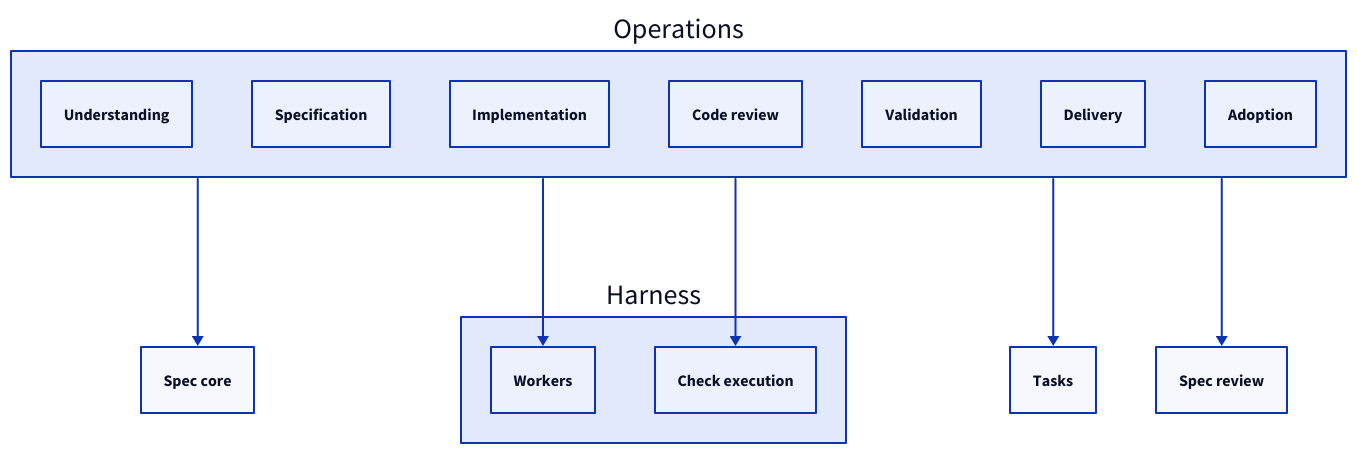
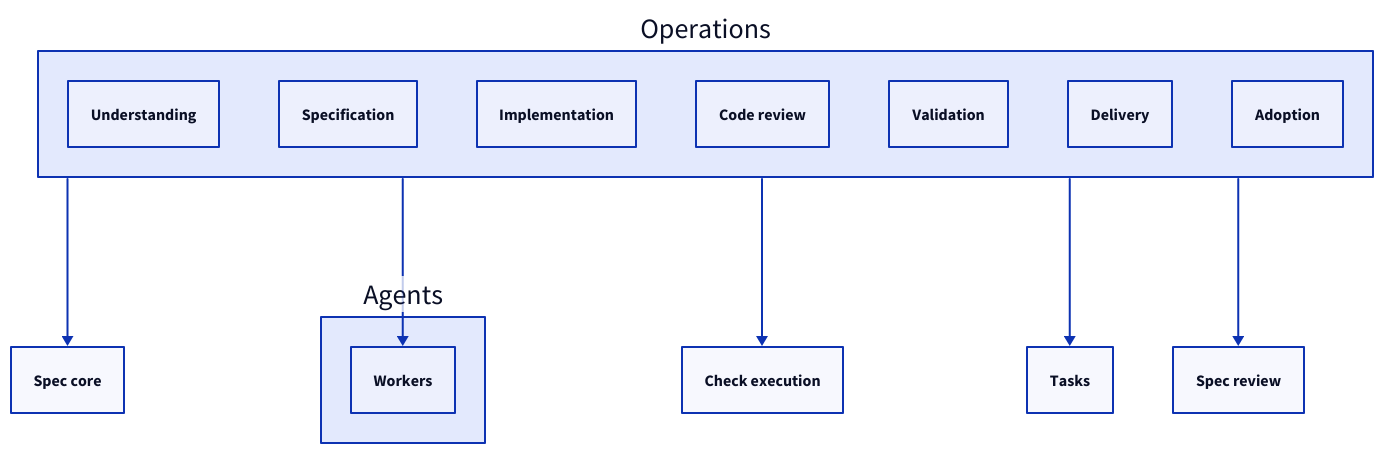
One commit to FTOD/concorde changed the fourth of 4 diagrams in specs/concorde/operations/module.md. Above: the diagram before and after it, drawn with D2. The commit also changed other lines of this file and 81 other files, not shown here.

First line of the commit message:
Organize agents by work level and make the Harness agent-independent

````diff
--- a/specs/concorde/operations/module.md
+++ b/specs/concorde/operations/module.md
@@ -267,23 +267,23 @@
 ```d2
 operations: Operations {
   understanding: Understanding
   specification: Specification
   implementation: Implementation
   codereview: Code review
   validation: Validation
   delivery: Delivery
   adoption: Adoption
 }
 spec: Spec core
-harness: Harness {
+agents: Agents {
   workers: Workers
-  checks: Check execution
 }
+checks: Check execution
 tasks: Tasks
 specreview: Spec review
 operations -> spec
-operations -> harness.workers
-operations -> harness.checks
+operations -> agents.workers
+operations -> checks
 operations -> tasks
 operations -> specreview
 ```
````
